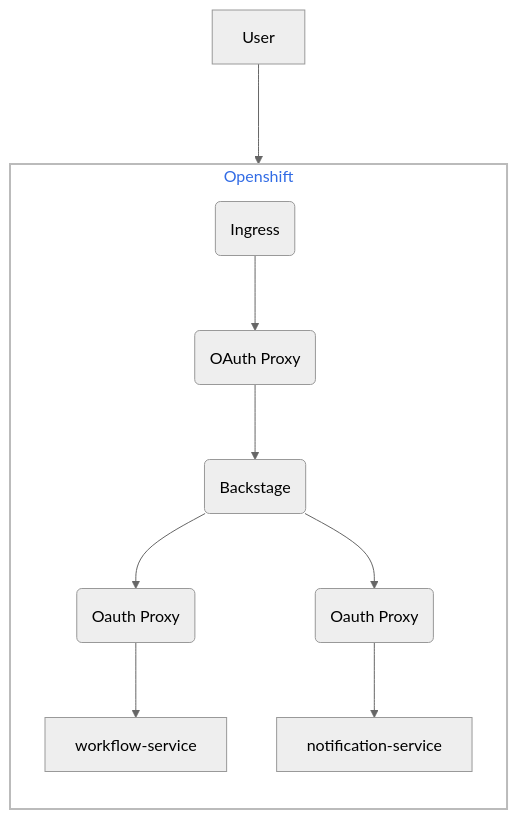
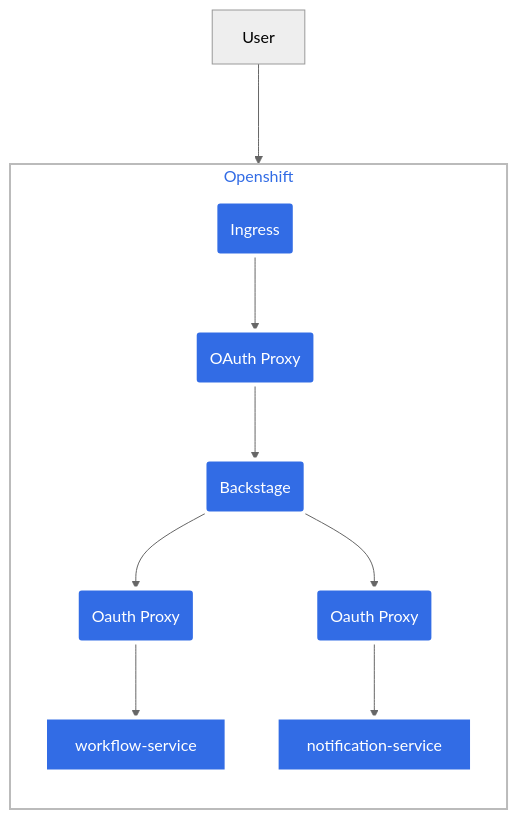
Before and after one commit to parodos-dev/parodos-dev.github.io: the diagram in documentation/latest/gsg/ocp.md, drawn with Mermaid (neutral theme). The commit also changed 1 other file, not shown here.

Commit message:
Documentation: Kind gsg

```diff
--- a/documentation/latest/gsg/ocp.md
+++ b/documentation/latest/gsg/ocp.md
@@ -11,20 +11,25 @@
 {% mermaid %}
 flowchart TB
   classDef plain fill:#ddd,stroke:#fff,stroke-width:4px,color:#000;
   classDef k8s fill:#326ce5,stroke:#fff,stroke-width:4px,color:#fff;
-  classDef cluster fill:#fff,stroke:#bbb,stroke-width:2px,color:#326ce5;
+  classDef cluster fill:#FFF,stroke:#bbb,stroke-width:2px,color:#326ce5,text-align:left;
 
   subgraph "Openshift"
     direction TB
     ing(Ingress) --> ouathB(OAuth Proxy)
     ouathB --> back(Backstage)
 
     back --> OauthP(Oauth Proxy)
     OauthP --> workflow-service
 
     back --> OauthN(Oauth Proxy)
     OauthN --> notification-service
   end
 
   User --->  ing
+
+
+  class ing,ouathB,OauthP,OauthN,back,workflow-service,notification-service k8s;
+  class Openshift cluster;
+
 {% endmermaid %}
```
